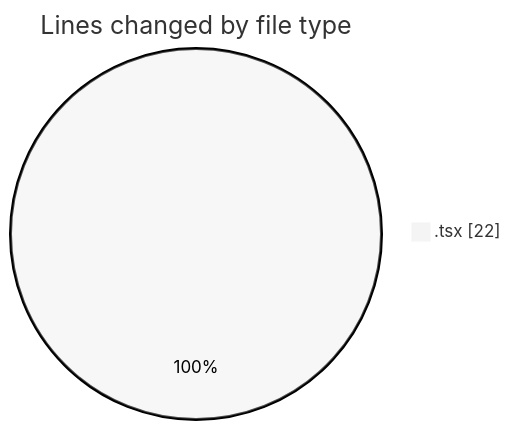
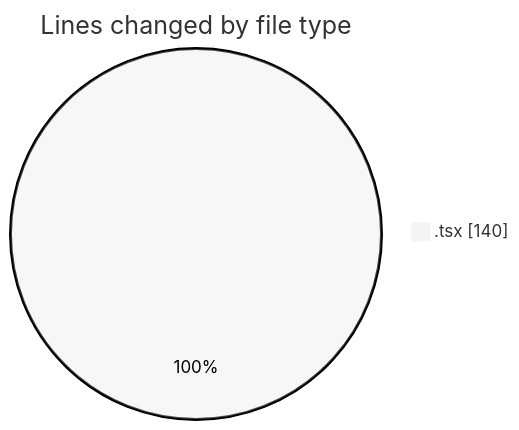
Before and after one commit to momahboobian/code-tracking: the first of 2 diagrams in 2025-06-12/cda/README.md, drawn with Mermaid (neutral theme). The commit also changed other lines of this file and 1 other file, not shown here.

````diff
--- a/2025-06-12/cda/README.md
+++ b/2025-06-12/cda/README.md
@@ -20,5 +20,5 @@
 ```mermaid
 pie showData
 title Lines changed by file type
-".tsx" : 22
+".tsx" : 140
 ```
````
